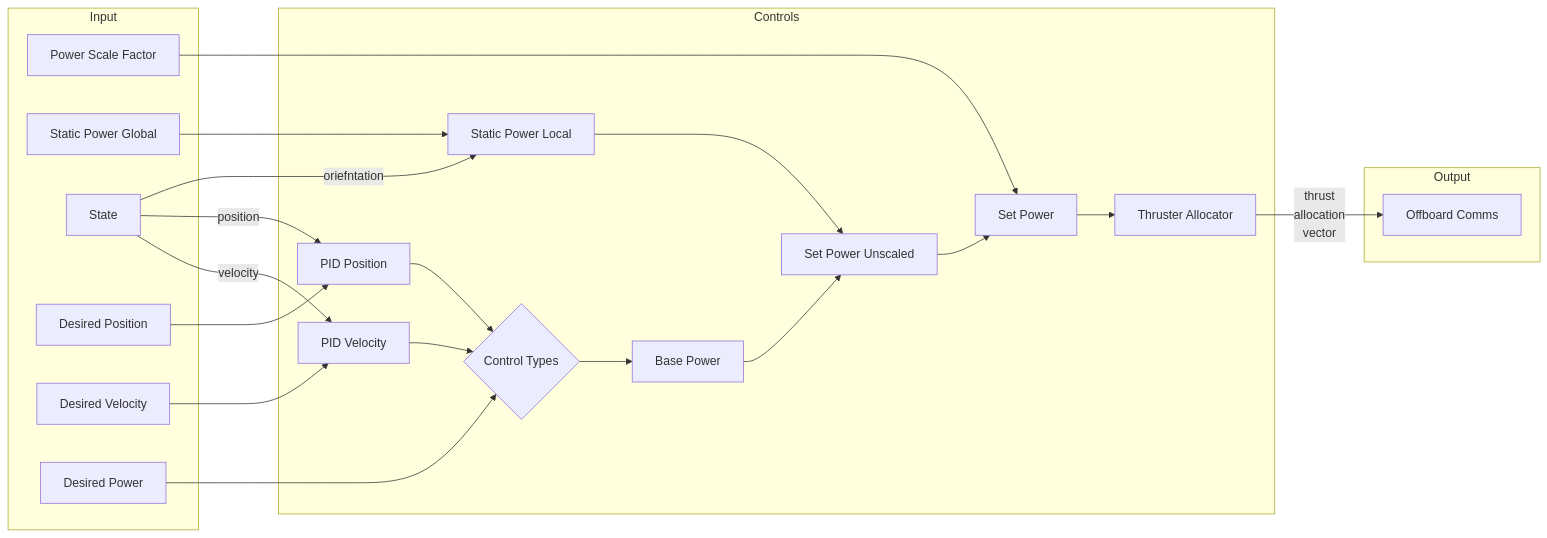
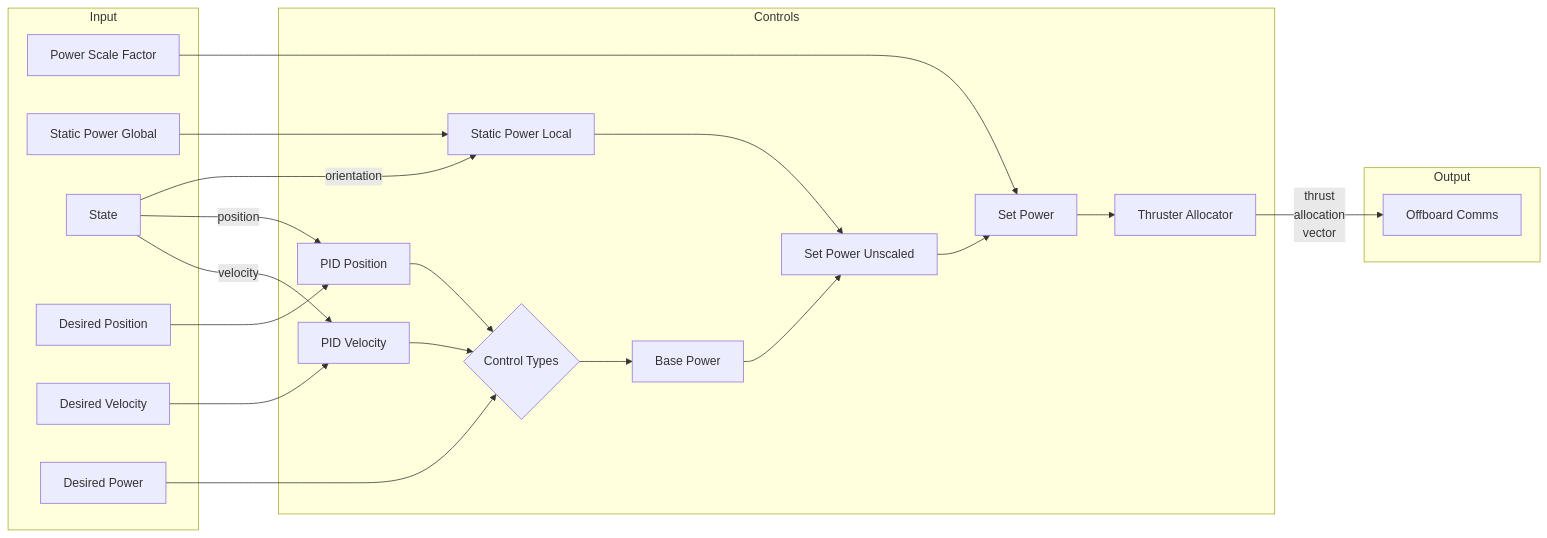
One commit to DukeRobotics/robosub-ros changed the diagram in onboard/catkin_ws/src/controls/README.md. Above: the diagram before and after it, drawn with Mermaid. The commit also changed other lines of this file, not shown here.

````diff
--- a/onboard/catkin_ws/src/controls/README.md
+++ b/onboard/catkin_ws/src/controls/README.md
@@ -52,49 +53,49 @@
 ```mermaid
 flowchart LR
     power_scale_factor[Power Scale Factor] --> set_power[Set Power]
     static_power_global[Static Power Global] ---> static_power_local[Static Power Local]
-    state[State] -- oriefntation --> static_power_local
+    state[State] -- orientation --> static_power_local
 
     state -- position --> pid_position[PID Position]
     desired_position[Desired Position] --> pid_position[PID Position]
 
     desired_velocity[Desired Velocity] --> pid_velocity[PID Velocity]
     state[State] -- velocity --> pid_velocity[PID Velocity]
 
     desired_power[Desired Power] ---> control_types
 
     pid_position --> control_types{Control Types}
     pid_velocity --> control_types
 
     control_types --> base_power[Base Power]
     base_power --> set_power_unscaled[Set Power]
     static_power_local --> set_power_unscaled[Set Power Unscaled]
     set_power_unscaled --> set_power
     set_power --> thruster_allocator[Thruster Allocator]
     thruster_allocator --thrust<br>allocation<br>vector--> offboard_comms[Offboard Comms]
 
     subgraph Input
         power_scale_factor
         static_power_global
         state
         desired_position
         desired_velocity
         desired_power
     end
 
     subgraph Controls
         pid_position
         pid_velocity
         control_types
         static_power_local
         base_power
         set_power_unscaled
         set_power
         thruster_allocator
     end
 
     subgraph Output
         offboard_comms
     end
 
 ```
````
